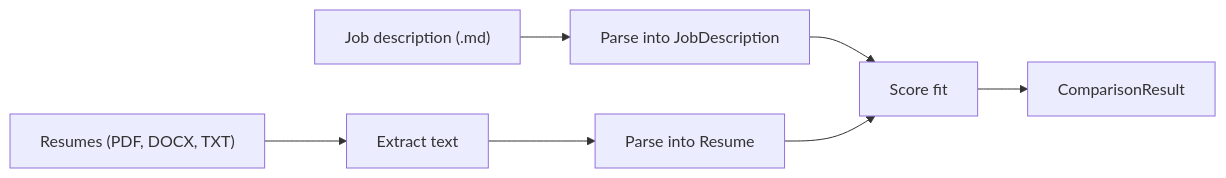
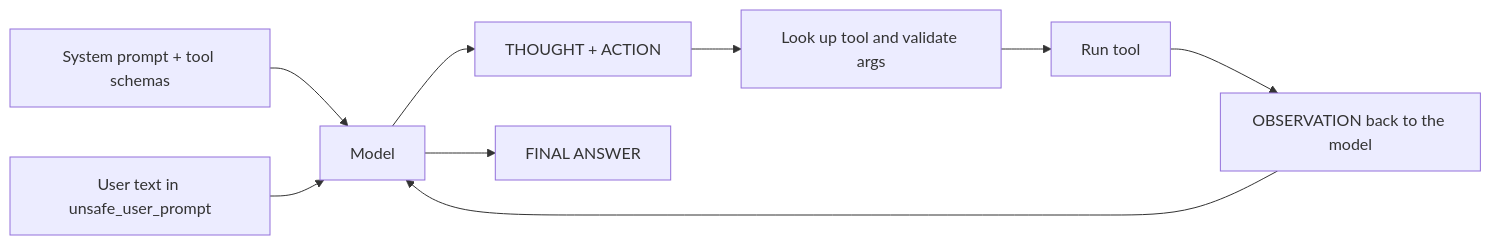
One commit to dmahajan980/llm-resume-job-matcher changed the diagram in README.md. Above: the diagram before and after it, drawn with Mermaid. The commit also changed other lines of this file and 26 other files, not shown here.

````diff
--- a/README.md
+++ b/README.md
@@ -28,9 +16,11 @@
 ```mermaid
 flowchart LR
-  jd["Job description (.md)"] --> parseJd["Parse into JobDescription"]
-  files["Resumes (PDF, DOCX, TXT)"] --> extract["Extract text"]
-  extract --> parseResume["Parse into Resume"]
-  parseJd --> score["Score fit"]
-  parseResume --> score
-  score --> result["ComparisonResult"]
+  prompt["System prompt + tool schemas"] --> model["Model"]
+  user["User text in unsafe_user_prompt"] --> model
+  model --> thought["THOUGHT + ACTION"]
+  thought --> validate["Look up tool and validate args"]
+  validate --> tool["Run tool"]
+  tool --> observation["OBSERVATION back to the model"]
+  observation --> model
+  model --> answer["FINAL ANSWER"]
 ```
````
